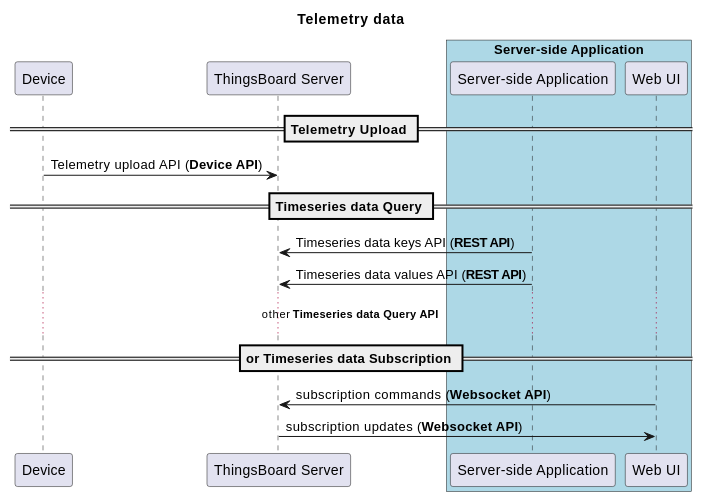
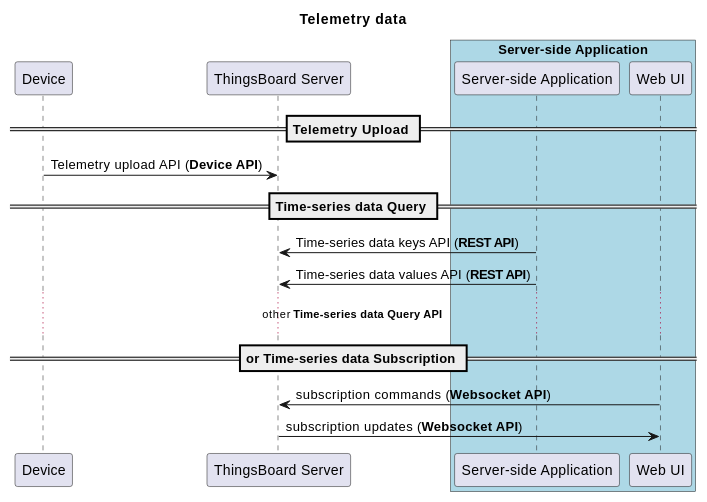
Before and after one commit to avantec-iot/avantec-thingsboard: the second of 6 diagrams in docs/thingsboard/thingsboard-key-concepts.rst, drawn with PlantUML. The commit also changed 16 other files, not shown here.

```diff
--- a/docs/thingsboard/thingsboard-key-concepts.rst
+++ b/docs/thingsboard/thingsboard-key-concepts.rst
@@ -53,25 +53,25 @@
 .. uml::
 
    title  Telemetry data
 
    participant "Device" as TBDev order 10
    participant "ThingsBoard Server"  as TBSrv order 20 
    box "Server-side Application" #LightBlue
    participant "Server-side Application" as TBApp  order 30
    participant "Web UI" as WebUI  order 40
    end box
 
    == Telemetry Upload ==
 
    TBDev  ->  TBSrv: Telemetry upload API (**Device API**)
 
-   == Timeseries data Query ==
+   == Time-series data Query ==
 
-   TBSrv  <-  TBApp: Timeseries data keys API (**REST API**)
-   TBSrv  <-  TBApp: Timeseries data values API (**REST API**)
-   ... other **Timeseries data Query API** ...
+   TBSrv  <-  TBApp: Time-series data keys API (**REST API**)
+   TBSrv  <-  TBApp: Time-series data values API (**REST API**)
+   ... other **Time-series data Query API** ...
 
-   == or Timeseries data Subscription ==
+   == or Time-series data Subscription ==
 
    TBSrv  <-  WebUI: subscription commands (**Websocket API**)
    TBSrv  ->  WebUI: subscription updates (**Websocket API**)
```
